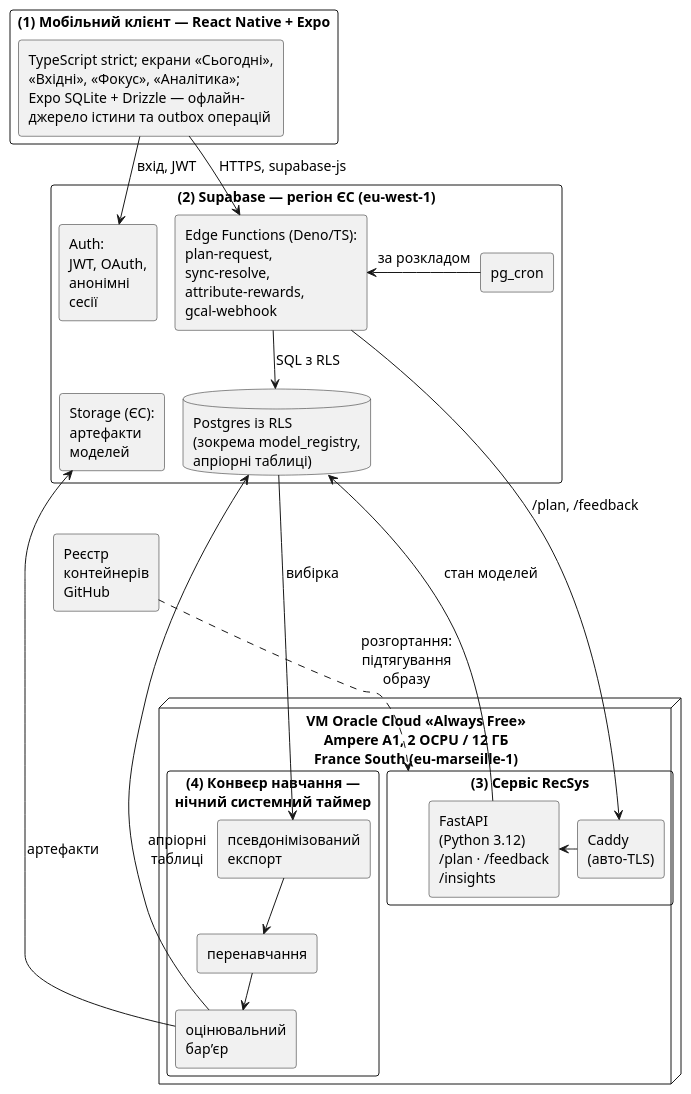
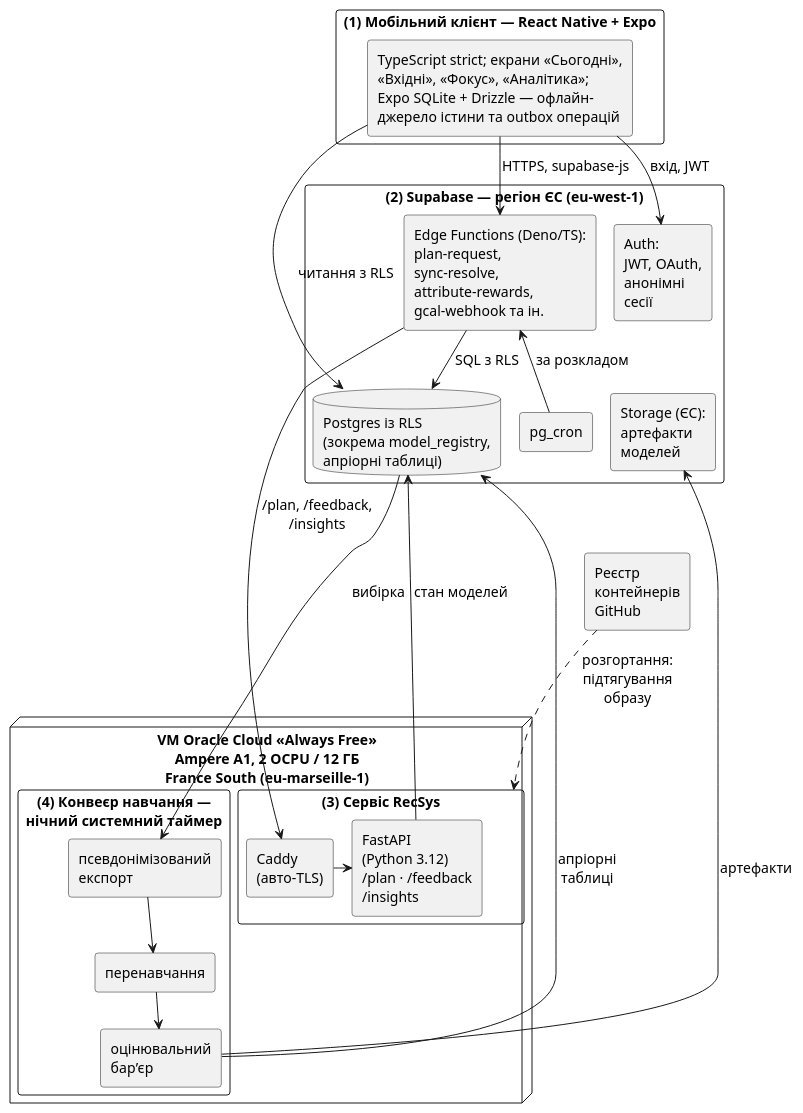
Before and after one commit to IKala4I/magister_work: the diagram in docs/thesis/text/diagrams/3-1-architecture.puml, drawn with PlantUML. The commit also changed 7 other files, not shown here.

```diff
--- a/docs/thesis/text/diagrams/3-1-architecture.puml
+++ b/docs/thesis/text/diagrams/3-1-architecture.puml
@@ -1,69 +1,71 @@
 @startuml
 ' Рисунок 3.1 — Загальна архітектура системи Hourwell.
 ' Джерело: текст плейсхолдера рисунка 3.1 у full.md (підрозділ 3.2) — чотири рівні, їхній склад і
 ' стрілки взято звідти; нічого поза ним. Стрілка plan-request → /plan без підпису: ім’я функції
 ' стоїть у блоці Edge Functions, /plan — у блоці FastAPI. Рівні (3) і (4) — на одній ВМ, як і сказано в тексті,
 ' тому намальовані в одній рамці ВМ. PlantUML, а не Mermaid: розкладка Mermaid не дає вмістити
 ' рисунок на сторінку з підписами не менше 8 пт (стрілку «конвеєр → Storage» вона веде в обхід).
-' 2026-11-12 (зовнішня рецензія, звірено з кодом): клієнт звертається лише до Auth і Edge Functions
-' (supabase.auth.*, supabase.functions.invoke); до Postgres ідуть функції й сервіс рекомендацій
+' 2026-11-12 (зовнішня рецензія, звірено з кодом): клієнт звертається до Auth, Edge Functions
+' (supabase.functions.invoke) і читає Postgres напряму під RLS (sync/engine.ts: повторне читання
+' рядків tasks); до Postgres ідуть також функції й сервіс рекомендацій
 ' (стан моделей bandit_state / beta_cells / blend_state — у Postgres, repo.py); pg_cron запускає
 ' функції за розкладом (attribute-rewards о 23:55, календар кожні 5 хв); конвеєр читає експорт із
 ' Postgres, пише апріорні таблиці, кластери й рядок model_registry у Postgres, артефакти — у Storage.
 ' Сервіс зі Storage моделей не завантажує — такої стрілки немає. Стрілка — від того, хто ініціює.
 ' Реєстр контейнерів — пунктир: розгортання, а не робота системи.
 !pragma layout smetana
 skinparam defaultFontSize 14
 skinparam defaultFontName Arial
 skinparam monochrome true
 skinparam shadowing false
 skinparam rectangle {
   RoundCorner 6
 }
 skinparam nodesep 22
 skinparam ranksep 40
 top to bottom direction
 
 rectangle "(1) Мобільний клієнт — React Native + Expo" as L1 {
   rectangle "TypeScript strict; екрани «Сьогодні»,\n«Вхідні», «Фокус», «Аналітика»;\nExpo SQLite + Drizzle — офлайн-\nджерело істини та outbox операцій" as C
 }
 
 rectangle "(2) Supabase — регіон ЄС (eu-west-1)" as L2 {
   rectangle "Auth:\nJWT, OAuth,\nанонімні\nсесії" as S2
-  rectangle "Edge Functions (Deno/TS):\nplan-request,\nsync-resolve,\nattribute-rewards,\ngcal-webhook" as S3
+  rectangle "Edge Functions (Deno/TS):\nplan-request,\nsync-resolve,\nattribute-rewards,\ngcal-webhook та ін." as S3
   rectangle "pg_cron" as S4
   database "Postgres із RLS\n(зокрема model_registry,\nапріорні таблиці)" as S1
   rectangle "Storage (ЄС):\nартефакти\nмоделей" as S5
 }
 
 node "VM Oracle Cloud «Always Free»\nAmpere A1, 2 OCPU / 12 ГБ\nFrance South (eu-marseille-1)" as VM {
   rectangle "(3) Сервіс RecSys" as L3 {
     rectangle "Caddy\n(авто-TLS)" as R0
     rectangle "FastAPI\n(Python 3.12)\n/plan · /feedback\n/insights" as R1
   }
   rectangle "(4) Конвеєр навчання —\nнічний системний таймер" as L4 {
     rectangle "псевдонімізований\nекспорт" as T1
     rectangle "перенавчання" as T2
     rectangle "оцінювальний\nбар’єр" as T3
   }
 }
 
 rectangle "Реєстр\nконтейнерів\nGitHub" as GH
 
 C -down-> S2 : вхід, JWT
 C -down-> S3 : HTTPS, supabase-js
-S4 -left-> S3 : за розкладом
+C -down-> S1 : читання з RLS
+S4 -up-> S3 : за розкладом
 S3 -down-> S1 : SQL з RLS
-S3 -down-> R0 : /plan, /feedback
+S3 -down-> R0 : /plan, /feedback,\n/insights
 R0 -right-> R1
 R1 -up-> S1 : стан моделей
 S1 -down-> T1 : вибірка
 ' кроки конвеєра — вертикально: інакше рисунок ширший за сторінку з підписами ≥ 8 пт
 T1 -down-> T2
 T2 -down-> T3
 T3 -up-> S5 : артефакти
 T3 -up-> S1 : апріорні\nтаблиці
 S1 -[hidden]right- S5
 S5 -[hidden]down- GH
 GH .down.> L3 : розгортання:\nпідтягування\nобразу
 @enduml
```
